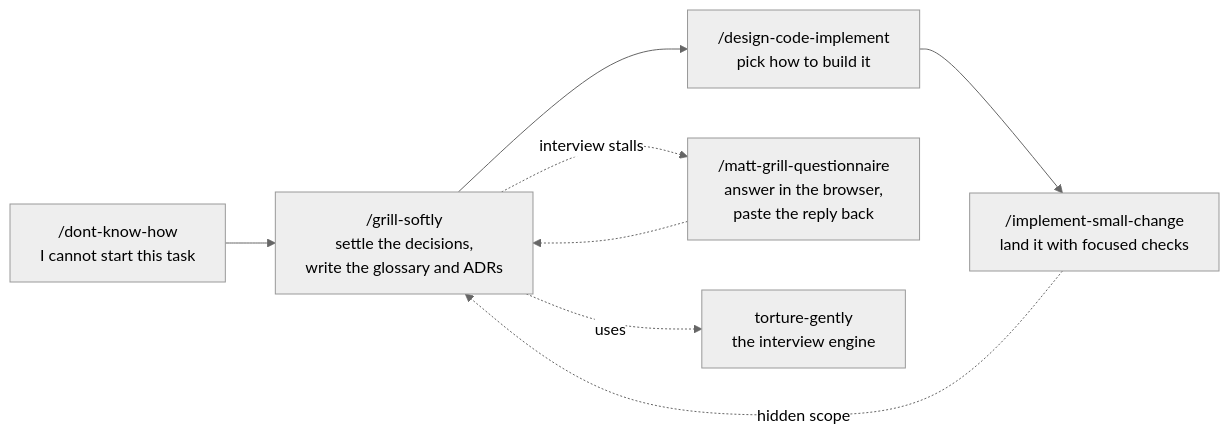
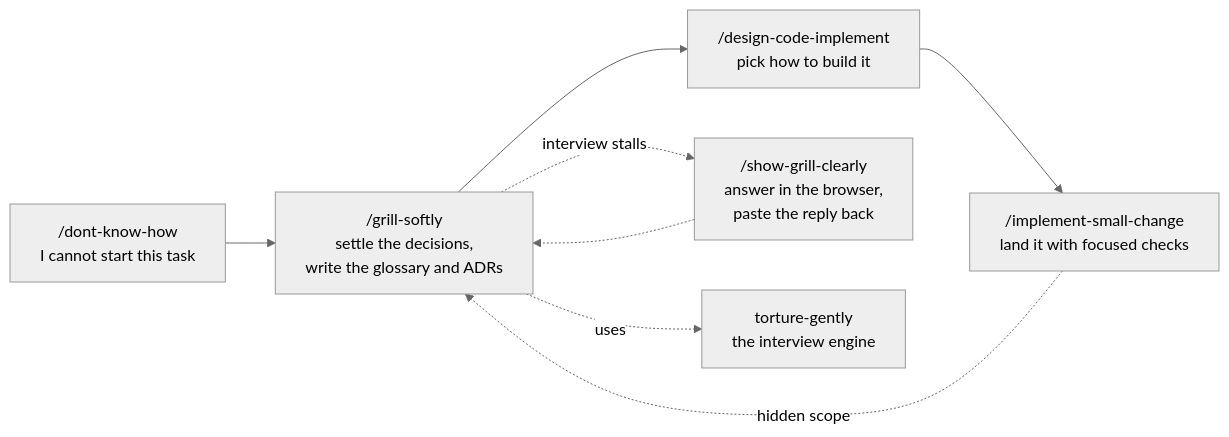
The diagram in README.md (GUOJIE-HONG/skills), drawn with Mermaid (neutral theme) before and after one commit. The commit also changed other lines of this file and 11 other files, not shown here.

First line of the commit message:
refactor: 將 matt-grill-questionnaire 改名為 show-grill-clearly 並更新 GitHub 帳號

````diff
--- a/README.md
+++ b/README.md
@@ -67,10 +66,10 @@
 ```mermaid
 flowchart LR
     A["/dont-know-how<br/>I cannot start this task"] --> B["/grill-softly<br/>settle the decisions,<br/>write the glossary and ADRs"]
     B --> C["/design-code-implement<br/>pick how to build it"]
     C --> D["/implement-small-change<br/>land it with focused checks"]
-    B -. interview stalls .-> E["/matt-grill-questionnaire<br/>answer in the browser,<br/>paste the reply back"]
+    B -. interview stalls .-> E["/show-grill-clearly<br/>answer in the browser,<br/>paste the reply back"]
     E -.-> B
     B -. uses .-> F["torture-gently<br/>the interview engine"]
     D -. hidden scope .-> B
 ```
````
